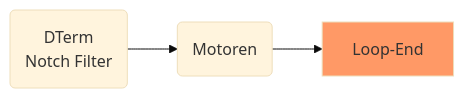
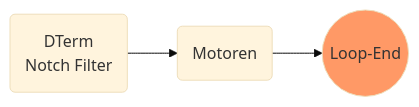
One commit to mrRobot62/lunax.betaflight.doc changed the fourth of 4 diagrams in docs/bf_filter.md. Above: the diagram before and after it, drawn with Mermaid (base theme). The commit also changed other lines of this file and 66 other files, not shown here.

````diff
--- a/docs/bf_filter.md
+++ b/docs/bf_filter.md
@@ -139,9 +142,9 @@
 ```mermaid
 graph LR
 	classDef dbg fill:#ddd
 	classDef LP fill:#f96
 
 	DTNF(DTerm<br>Notch Filter) --> M(Motoren)
-	M --> LE[Loop-End]:::LP
+	M --> LE((Loop-End)):::LP
 	
 ```
````
